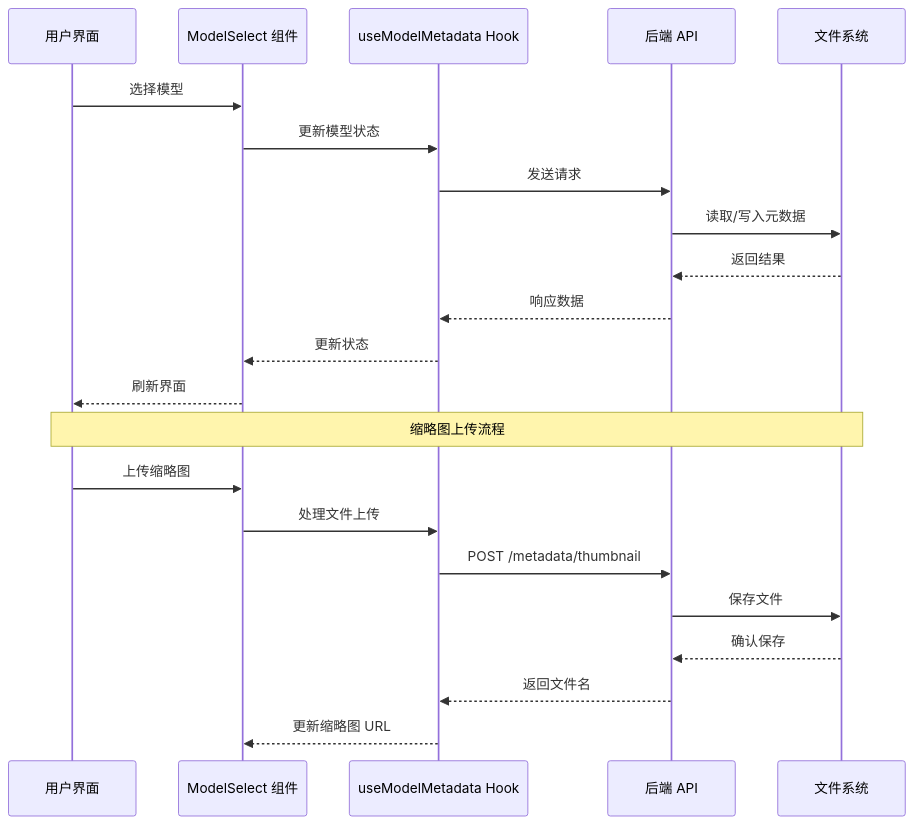
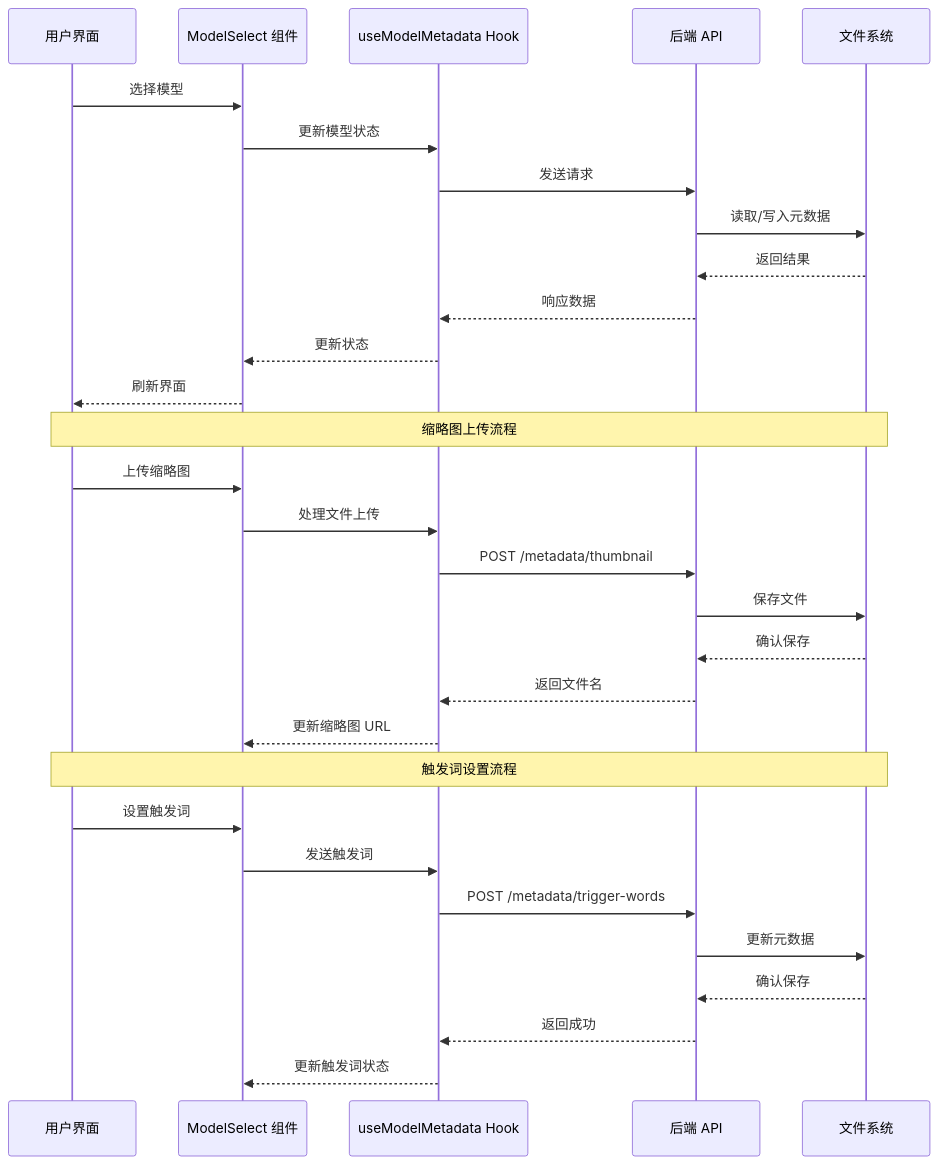
The second of 5 diagrams in .qoder/repowiki/zh/content/Model Select Component.md (billye220670/CorineKit_Pix2Real), drawn with Mermaid before and after one commit. The commit also changed other lines of this file and 11 other files, not shown here.

````diff
--- a/.qoder/repowiki/zh/content/Model Select Component.md
+++ b/.qoder/repowiki/zh/content/Model Select Component.md
@@ -97,24 +111,32 @@
 ```mermaid
 sequenceDiagram
 participant U as 用户界面
 participant MS as ModelSelect 组件
 participant UM as useModelMetadata Hook
 participant API as 后端 API
 participant FS as 文件系统
 U->>MS : 选择模型
 MS->>UM : 更新模型状态
 UM->>API : 发送请求
 API->>FS : 读取/写入元数据
 FS-->>API : 返回结果
 API-->>UM : 响应数据
 UM-->>MS : 更新状态
 MS-->>U : 刷新界面
 Note over U,FS : 缩略图上传流程
 U->>MS : 上传缩略图
 MS->>UM : 处理文件上传
 UM->>API : POST /metadata/thumbnail
 API->>FS : 保存文件
 FS-->>API : 确认保存
 API-->>UM : 返回文件名
 UM-->>MS : 更新缩略图 URL
+Note over U,FS : 触发词设置流程
+U->>MS : 设置触发词
+MS->>UM : 发送触发词
+UM->>API : POST /metadata/trigger-words
+API->>FS : 更新元数据
+FS-->>API : 确认保存
+API-->>UM : 返回成功
+UM-->>MS : 更新触发词状态
 ```
````
